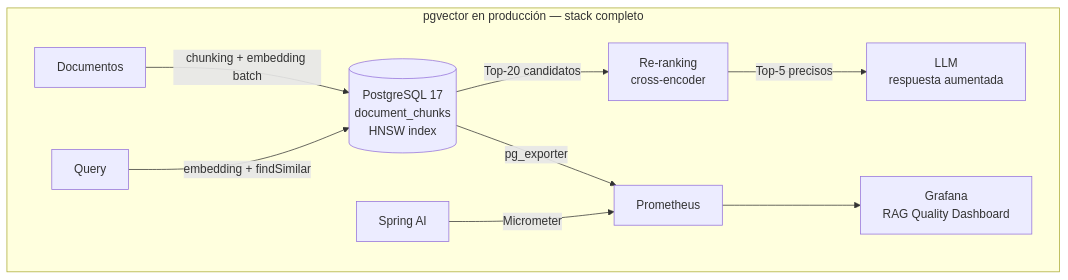
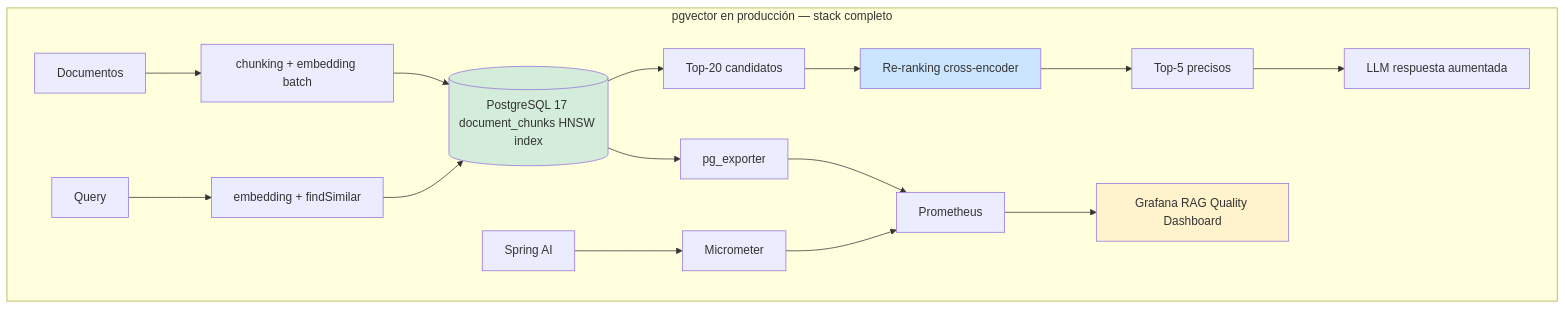
The fifth of 5 diagrams in 04_Bases_de_Datos/vector_search_con_pgvector_y_postgresql_17_para_aplicaciones_ia_STAFF.md (Joaquinriosheredia/DAM-Java-Mastery), drawn with Mermaid before and after one commit. The commit also changed other lines of this file, not shown here.

````diff
--- a/04_Bases_de_Datos/vector_search_con_pgvector_y_postgresql_17_para_aplicaciones_ia_STAFF.md
+++ b/04_Bases_de_Datos/vector_search_con_pgvector_y_postgresql_17_para_aplicaciones_ia_STAFF.md
@@ -760,13 +709,23 @@
 ```mermaid
 graph TD
     subgraph "pgvector en producción — stack completo"
-        DOCS[Documentos] -->|chunking + embedding batch| PG4[(PostgreSQL 17\ndocument_chunks\nHNSW index)]
-        QUERY3[Query] -->|embedding + findSimilar| PG4
-        PG4 -->|Top-20 candidatos| RERANK[Re-ranking\ncross-encoder]
-        RERANK -->|Top-5 precisos| LLM3[LLM\nrespuesta aumentada]
+        DOCS[Documentos] --> CHUNK[chunking + embedding batch]
+        CHUNK --> PG[(PostgreSQL 17 document_chunks HNSW index)]
+        QUERY[Query] --> QEMB[embedding + findSimilar]
+        QEMB --> PG
+        PG --> TOP20[Top-20 candidatos]
+        TOP20 --> RERANK[Re-ranking cross-encoder]
+        RERANK --> TOP5[Top-5 precisos]
+        TOP5 --> LLM[LLM respuesta aumentada]
 
-        PG4 -->|pg_exporter| PROM3[Prometheus]
-        APP3[Spring AI] -->|Micrometer| PROM3
-        PROM3 --> GRAF3[Grafana\nRAG Quality Dashboard]
+        PG --> PGE[pg_exporter]
+        APP[Spring AI] --> MIC[Micrometer]
+        PGE --> PROM[Prometheus]
+        MIC --> PROM
+        PROM --> GRAF[Grafana RAG Quality Dashboard]
     end
+    
+    style PG fill:#d4edda
+    style RERANK fill:#cce5ff
+    style GRAF fill:#fff3cd
 ```
````
